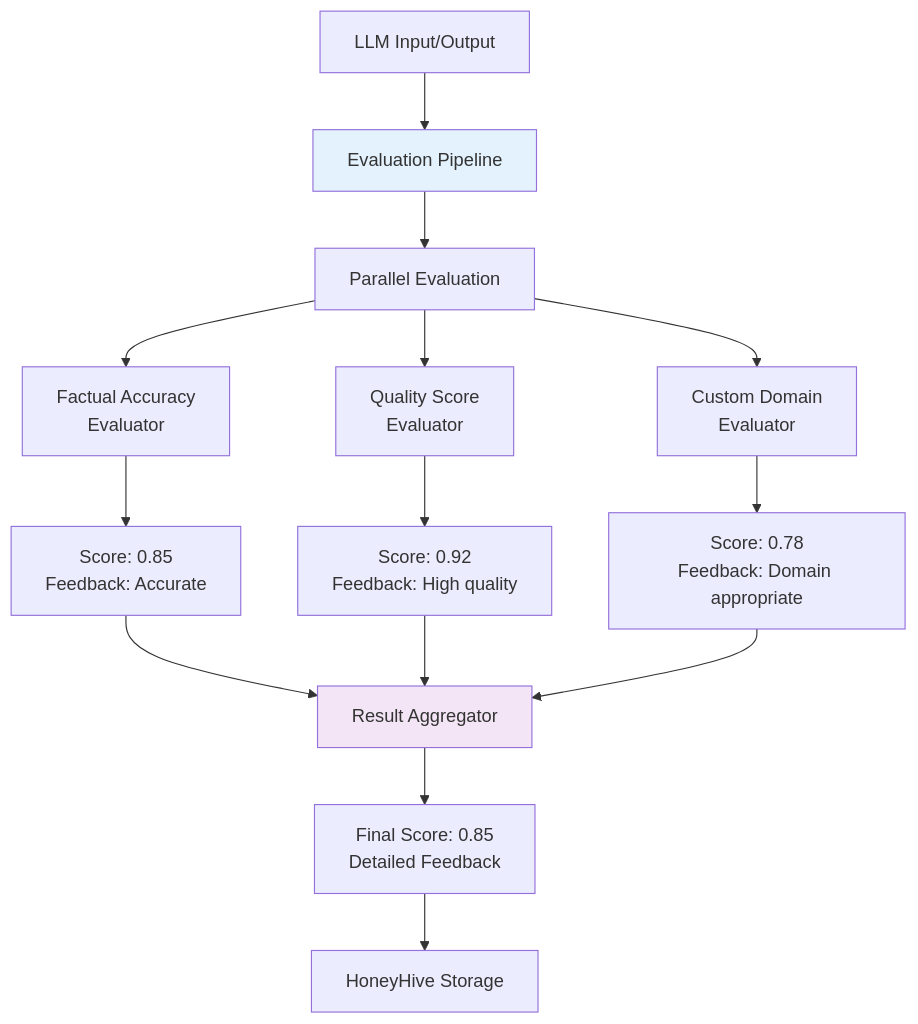
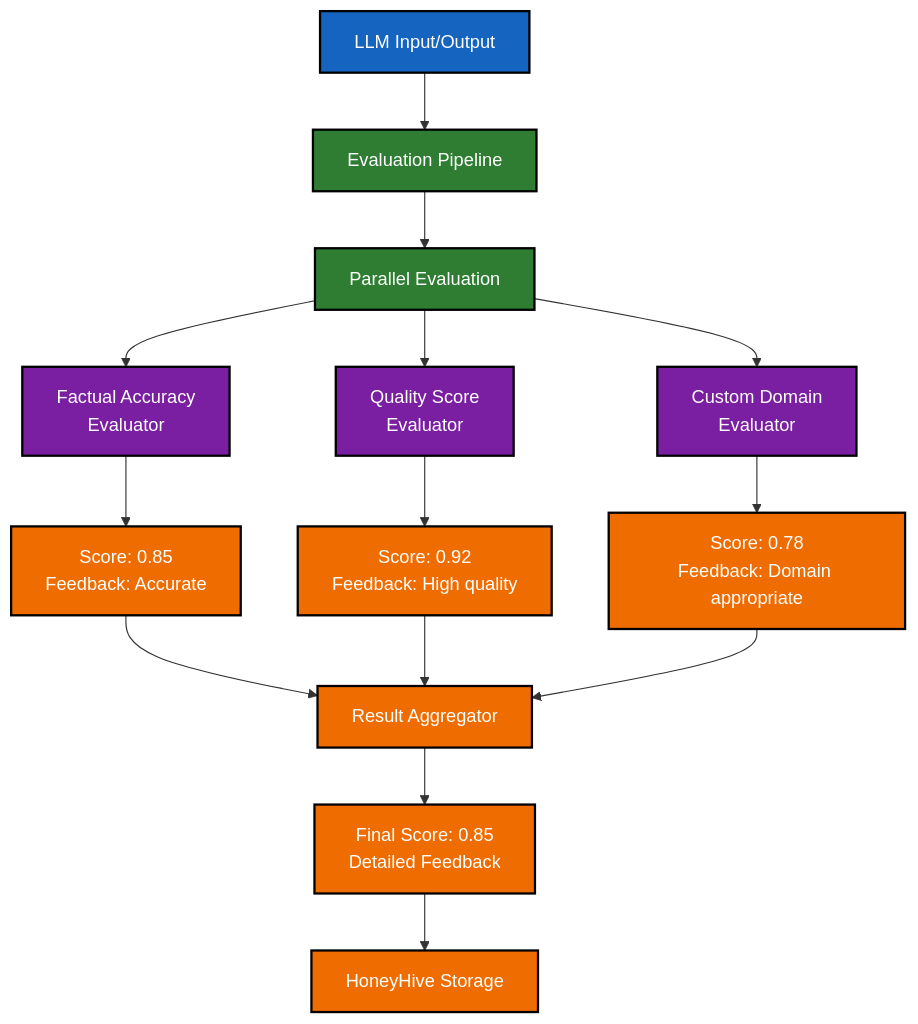
One commit to honeyhiveai/python-sdk changed the ninth of 15 diagrams in docs/explanation/architecture/diagrams.rst. Above: the diagram before and after it, drawn with Mermaid. The commit also changed other lines of this file and 44 other files, not shown here.

```diff
--- a/docs/explanation/architecture/diagrams.rst
+++ b/docs/explanation/architecture/diagrams.rst
@@ -283,24 +322,32 @@
 .. mermaid::
 
+   %%{init: {'theme':'base', 'themeVariables': {'primaryColor': '#1565c0', 'primaryTextColor': '#ffffff', 'primaryBorderColor': '#000000', 'lineColor': '#333333', 'secondaryColor': '#2e7d32', 'tertiaryColor': '#ef6c00', 'background': 'transparent', 'mainBkg': 'transparent', 'secondBkg': 'transparent', 'nodeBkg': '#1565c0', 'nodeBorder': '#000000', 'clusterBkg': 'transparent', 'clusterBorder': '#000000', 'defaultLinkColor': '#333333', 'titleColor': '#333333', 'edgeLabelBackground': 'transparent', 'nodeTextColor': '#ffffff'}, 'flowchart': {'linkColor': '#333333', 'linkWidth': 2, 'nodeSpacing': 50, 'rankSpacing': 50}}}%%
    graph TD
        Input["LLM Input/Output"] --> Pipeline["Evaluation Pipeline"]
        
        Pipeline --> Parallel["Parallel Evaluation"]
        
        Parallel --> Eval1["Factual Accuracy<br/>Evaluator"]
        Parallel --> Eval2["Quality Score<br/>Evaluator"]
        Parallel --> Eval3["Custom Domain<br/>Evaluator"]
        
        Eval1 --> Results1["Score: 0.85<br/>Feedback: Accurate"]
        Eval2 --> Results2["Score: 0.92<br/>Feedback: High quality"]
        Eval3 --> Results3["Score: 0.78<br/>Feedback: Domain appropriate"]
        
        Results1 --> Aggregator["Result Aggregator"]
        Results2 --> Aggregator
        Results3 --> Aggregator
        
        Aggregator --> Final["Final Score: 0.85<br/>Detailed Feedback"]
        Final --> Storage["HoneyHive Storage"]
        
-       style Pipeline fill:#e3f2fd
-       style Aggregator fill:#f3e5f5
+       classDef inputClass fill:#1565c0,stroke:#000000,stroke-width:2px,color:#ffffff
+       classDef pipelineClass fill:#2e7d32,stroke:#000000,stroke-width:2px,color:#ffffff
+       classDef evalClass fill:#7b1fa2,stroke:#000000,stroke-width:2px,color:#ffffff
+       classDef resultClass fill:#ef6c00,stroke:#000000,stroke-width:2px,color:#ffffff
+       
+       class Input inputClass
+       class Pipeline,Parallel pipelineClass
+       class Eval1,Eval2,Eval3 evalClass
+       class Results1,Results2,Results3,Aggregator,Final,Storage resultClass
```
